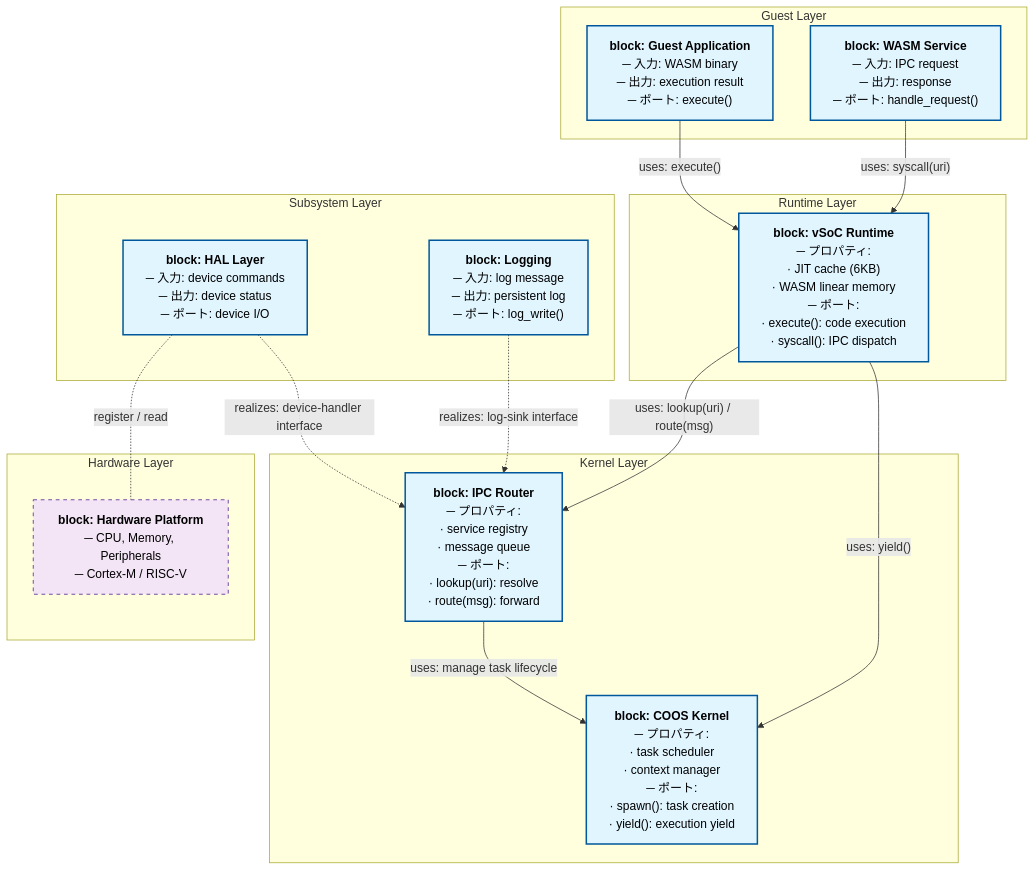
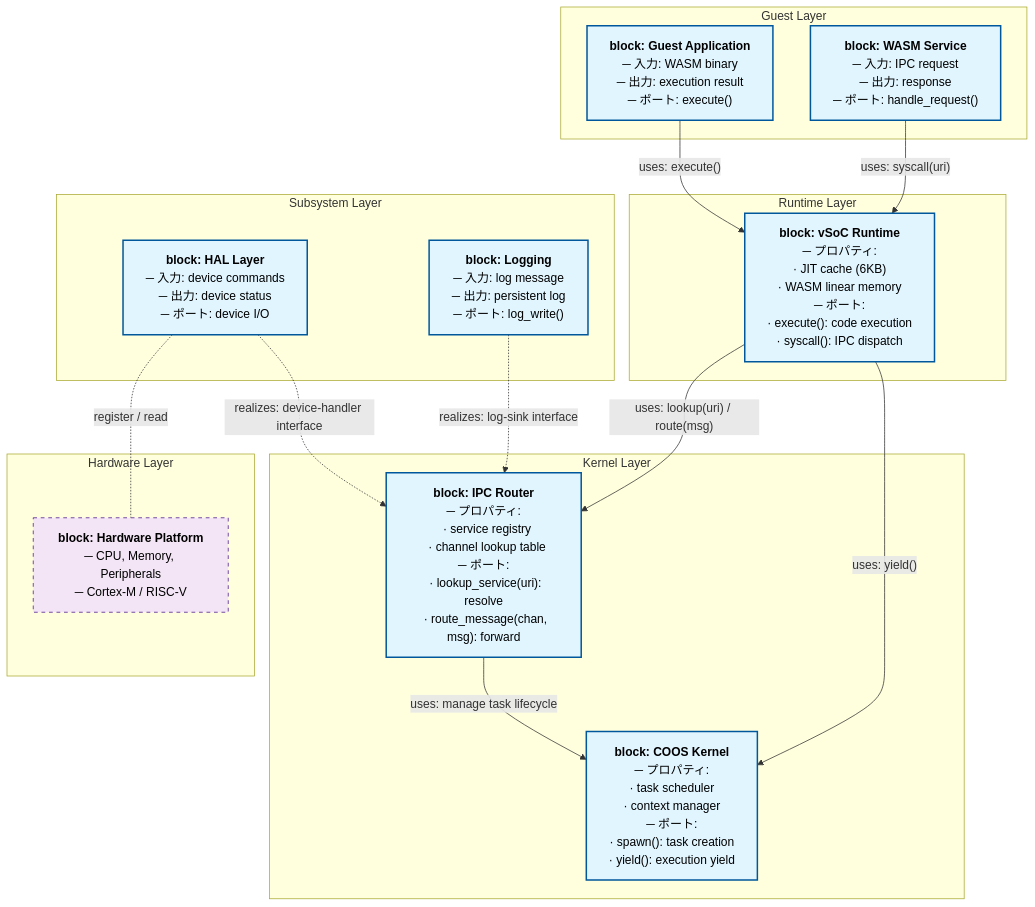
The first of 4 diagrams in docs/architecture/architecture_overview.md (kmt-t/fireball), drawn with Mermaid before and after one commit. The commit also changed other lines of this file and 10 other files, not shown here.

Commit message:
fix(arch): harmonize architecture_overview and lower specs with current master design

````diff
--- a/docs/architecture/architecture_overview.md
+++ b/docs/architecture/architecture_overview.md
@@ -33,42 +33,42 @@
 ```mermaid
 graph TD
     classDef blockStyle fill:#e1f5ff,stroke:#01579b,stroke-width:2px,color:#000;
     classDef hwStyle fill:#f3e5f5,stroke:#4a148c,stroke-width:1px,stroke-dasharray: 5 5,color:#000;
 
     subgraph Guest["Guest Layer"]
         App["<b>block: Guest Application</b><br/>─ 入力: WASM binary<br/>─ 出力: execution result<br/>─ ポート: execute()"]:::blockStyle
         Svc["<b>block: WASM Service</b><br/>─ 入力: IPC request<br/>─ 出力: response<br/>─ ポート: handle_request()"]:::blockStyle
     end
 
     subgraph Runtime["Runtime Layer"]
         vSoC["<b>block: vSoC Runtime</b><br/>─ プロパティ:<br/>  · JIT cache (6KB)<br/>  · WASM linear memory<br/>─ ポート:<br/>  · execute(): code execution<br/>  · syscall(): IPC dispatch"]:::blockStyle
     end
 
     subgraph Kernel["Kernel Layer"]
         COOS["<b>block: COOS Kernel</b><br/>─ プロパティ:<br/>  · task scheduler<br/>  · context manager<br/>─ ポート:<br/>  · spawn(): task creation<br/>  · yield(): execution yield"]:::blockStyle
-        IPCR["<b>block: IPC Router</b><br/>─ プロパティ:<br/>  · service registry<br/>  · message queue<br/>─ ポート:<br/>  · lookup(uri): resolve<br/>  · route(msg): forward"]:::blockStyle
+        IPCR["<b>block: IPC Router</b><br/>─ プロパティ:<br/>  · service registry<br/>  · channel lookup table<br/>─ ポート:<br/>  · lookup_service(uri): resolve<br/>  · route_message(chan, msg): forward"]:::blockStyle
     end
 
     subgraph Subsystem["Subsystem Layer"]
         HAL["<b>block: HAL Layer</b><br/>─ 入力: device commands<br/>─ 出力: device status<br/>─ ポート: device I/O"]:::blockStyle
         Log["<b>block: Logging</b><br/>─ 入力: log message<br/>─ 出力: persistent log<br/>─ ポート: log_write()"]:::blockStyle
     end
 
     subgraph Hardware["Hardware Layer"]
         HW["<b>block: Hardware Platform</b><br/>─ CPU, Memory, Peripherals<br/>─ Cortex-M / RISC-V"]:::hwStyle
     end
 
     %% 実線 = 直接依存 (uses)
     %% 破線 = インターフェース実装 (realizes)
     App -->|"uses: execute()"| vSoC
     Svc -->|"uses: syscall(uri)"| vSoC
 
     vSoC -->|"uses: yield()"| COOS
     vSoC -->|"uses: lookup(uri) / route(msg)"| IPCR
 
     IPCR -->|"uses: manage task lifecycle"| COOS
     HAL -.->|"realizes: device-handler interface"| IPCR
     Log -.->|"realizes: log-sink interface"| IPCR
 
     HAL -.-|"register / read"| HW
 ```
````
